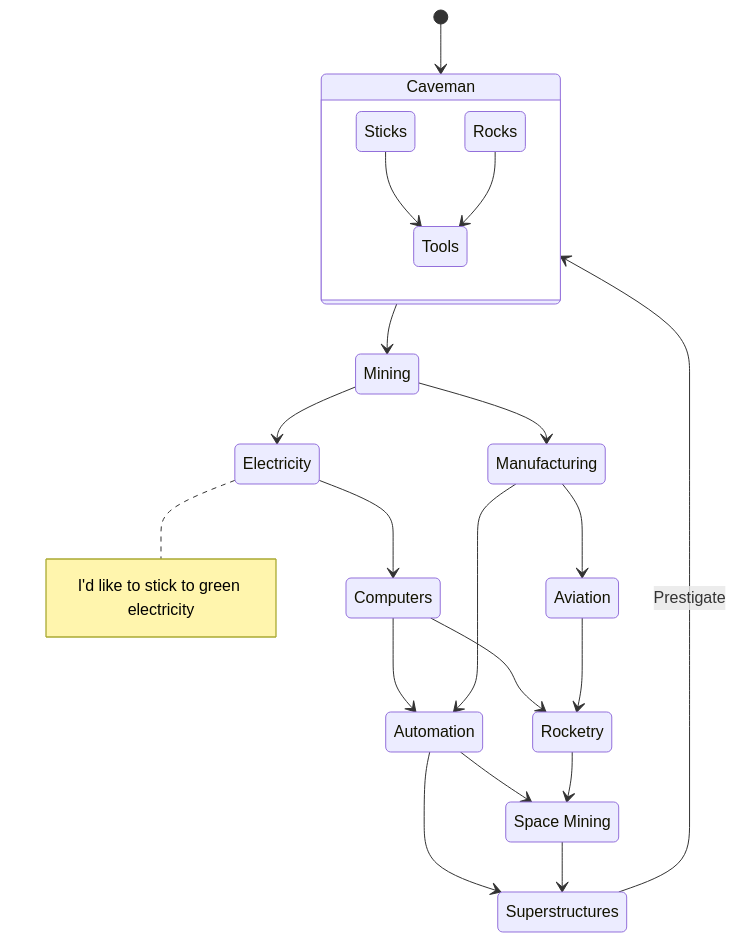
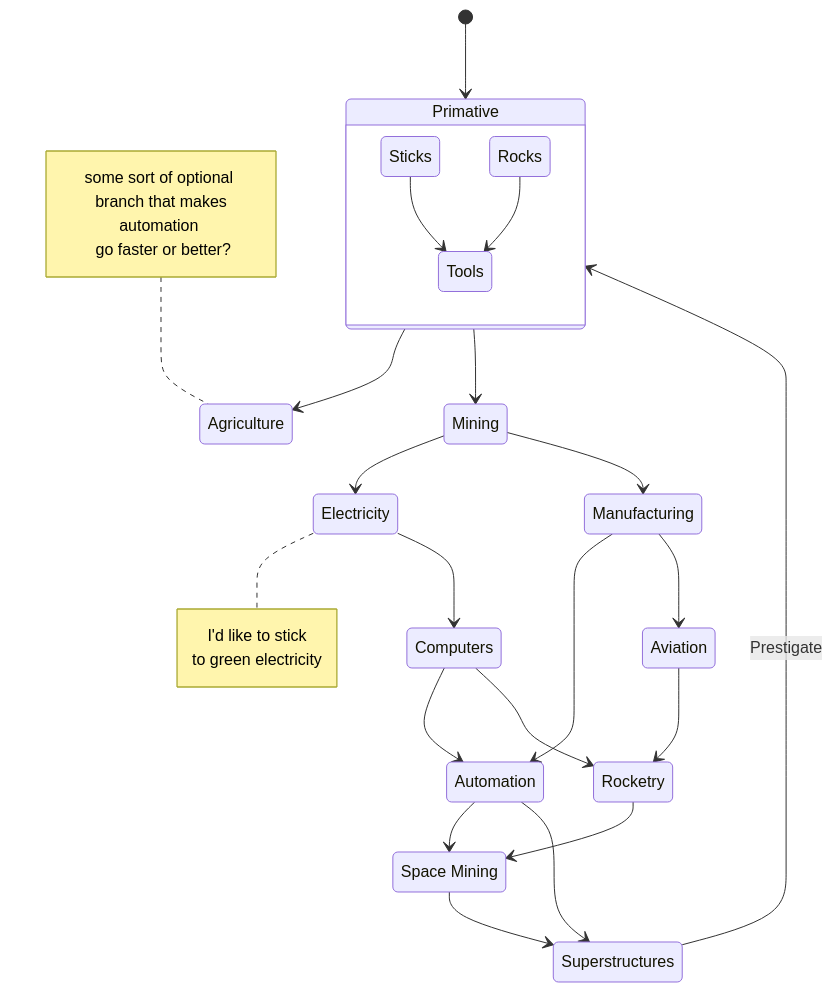
Before and after one commit to ethan-w-foshee/TerraStella: the first of 2 diagrams in FLOWCHART.md, drawn with Mermaid. The commit also changed other lines of this file, not shown here.

Commit message:
Add a branching path, and some rewording of things

````diff
--- a/FLOWCHART.md
+++ b/FLOWCHART.md
@@ -14,42 +14,48 @@
 ```mermaid
 stateDiagram-v2
-  1  : Caveman
+  1  : Primative
+  1.5 : Agriculture
   2  : Mining
   3  : Electricity
   4  : Manufacturing
   5  : Computers
   6  : Automation
   7  : Aviation
   8  : Rocketry
   9  : Space Mining
   10 : Superstructures
 
   state 1 {
     1.1a : Sticks
     1.1b : Rocks
     1.2  : Tools
 
     1.1a --> 1.2
     1.1b  --> 1.2
   }
 
   note right of 3
-    I'd like to stick to green electricity
+    I'd like to stick <br> to green electricity
   end note
 
+  note left of 1.5
+    some sort of optional <br> branch that makes automation <br> go faster or better?
+    end note
+
   [*] --> 1
+  1 --> 1.5
   1 --> 2
   2 --> 3
   2 --> 4
   3 --> 5
   5 --> 6
   4 --> 6
   4 --> 7
   5 --> 8
   7 --> 8
   6 --> 9
   8 --> 9
   6 --> 10
   9 --> 10
   10--> 1 : Prestigate
 ```
````
